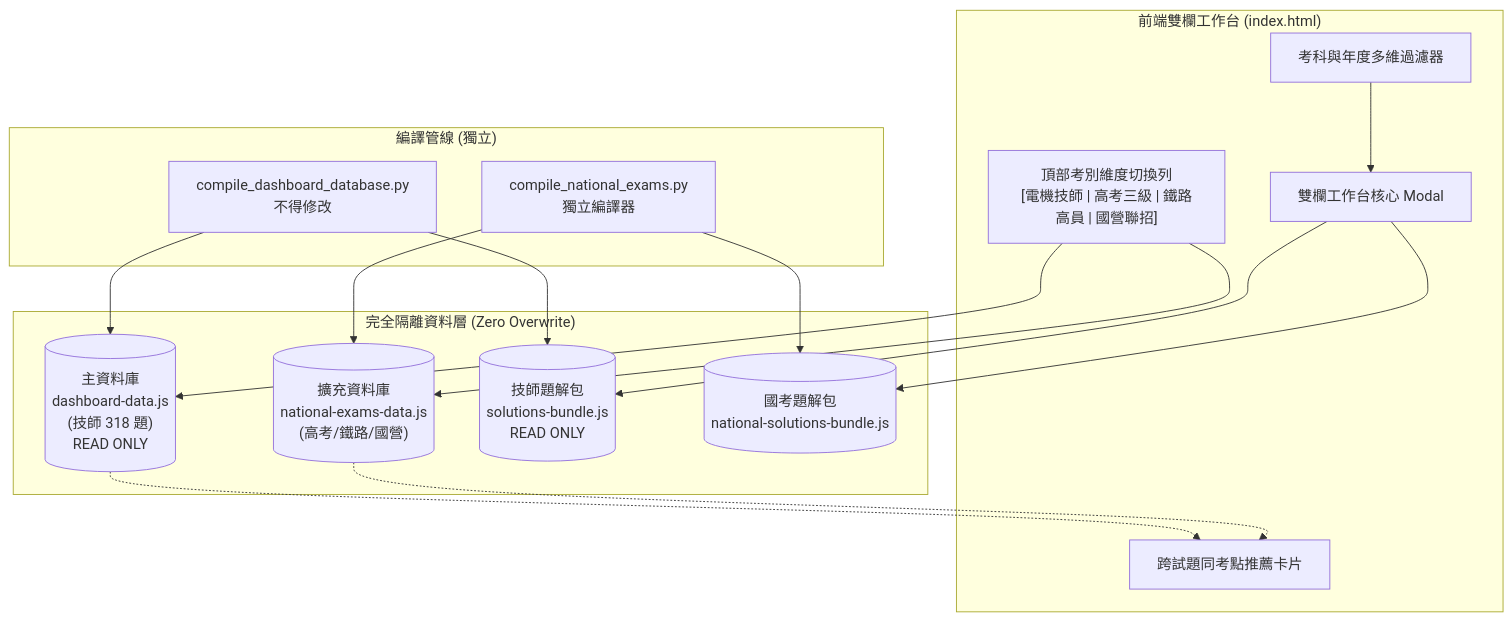
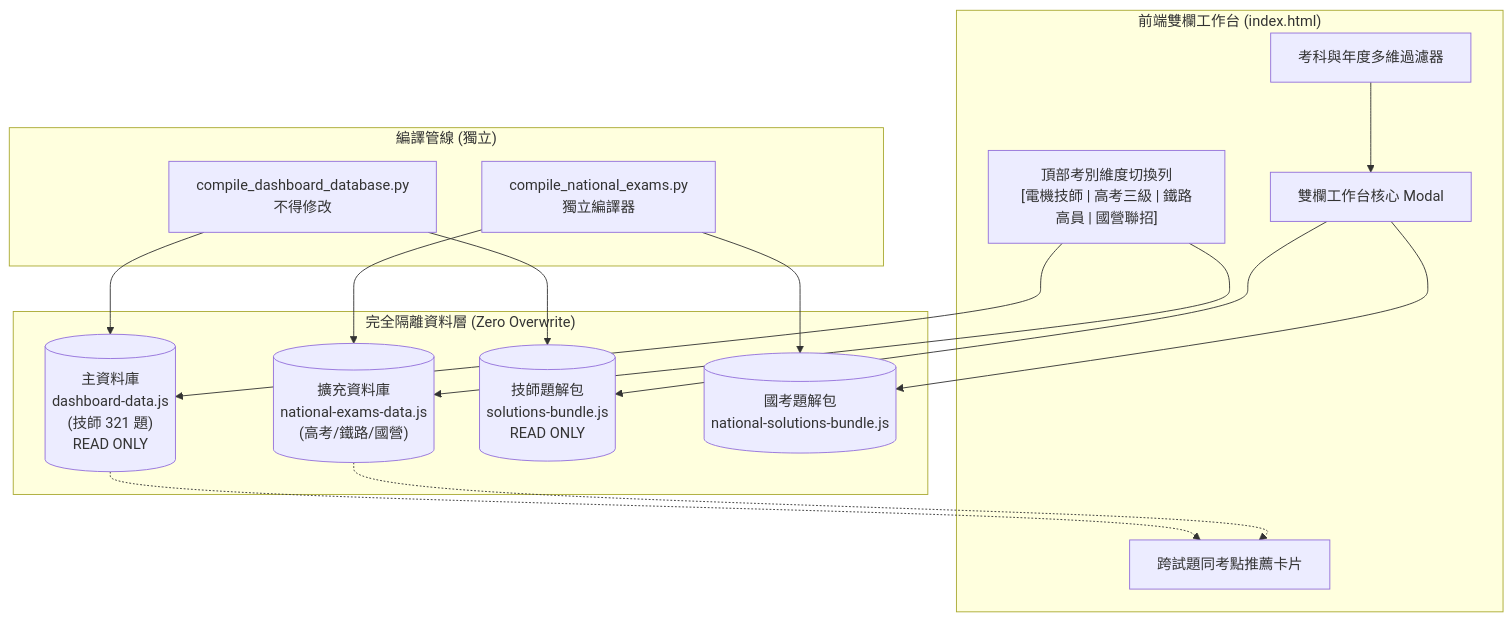
One commit to DB2BD/ee-exam-workbench changed the first of 2 diagrams in SPEC_國考同級參考題庫擴充架構規格書.md. Above: the diagram before and after it, drawn with Mermaid. The commit also changed other lines of this file and 41 other files, not shown here.

````diff
--- a/SPEC_國考同級參考題庫擴充架構規格書.md
+++ b/SPEC_國考同級參考題庫擴充架構規格書.md
@@ -40,33 +40,33 @@
 ```mermaid
 graph TD
     subgraph UI_Layer["前端雙欄工作台 (index.html)"]
         Nav["頂部考別維度切換列<br>[電機技師 | 高考三級 | 鐵路高員 | 國營聯招]"]
         Filter["考科與年度多維過濾器"]
         Split["雙欄工作台核心 Modal"]
         Bridge["跨試題同考點推薦卡片"]
     end
 
     subgraph Data_Isolation_Layer["完全隔離資料層 (Zero Overwrite)"]
-        PE_DB[("主資料庫<br>dashboard-data.js<br>(技師 318 題)<br>READ ONLY")]
+        PE_DB[("主資料庫<br>dashboard-data.js<br>(技師 321 題)<br>READ ONLY")]
         NAT_DB[("擴充資料庫<br>national-exams-data.js<br>(高考/鐵路/國營)")]
         BUNDLE_PE[("技師題解包<br>solutions-bundle.js<br>READ ONLY")]
         BUNDLE_NAT[("國考題解包<br>national-solutions-bundle.js")]
     end
 
     subgraph Compilation_Layer["編譯管線 (獨立)"]
         COMP_PE["compile_dashboard_database.py<br>不得修改"]
         COMP_NAT["compile_national_exams.py<br>獨立編譯器"]
     end
 
     Nav --> PE_DB
     Nav --> NAT_DB
     Filter --> Split
     PE_DB -.-> Bridge
     NAT_DB -.-> Bridge
     Split --> BUNDLE_PE
     Split --> BUNDLE_NAT
     COMP_PE --> PE_DB
     COMP_PE --> BUNDLE_PE
     COMP_NAT --> NAT_DB
     COMP_NAT --> BUNDLE_NAT
 ```
````
